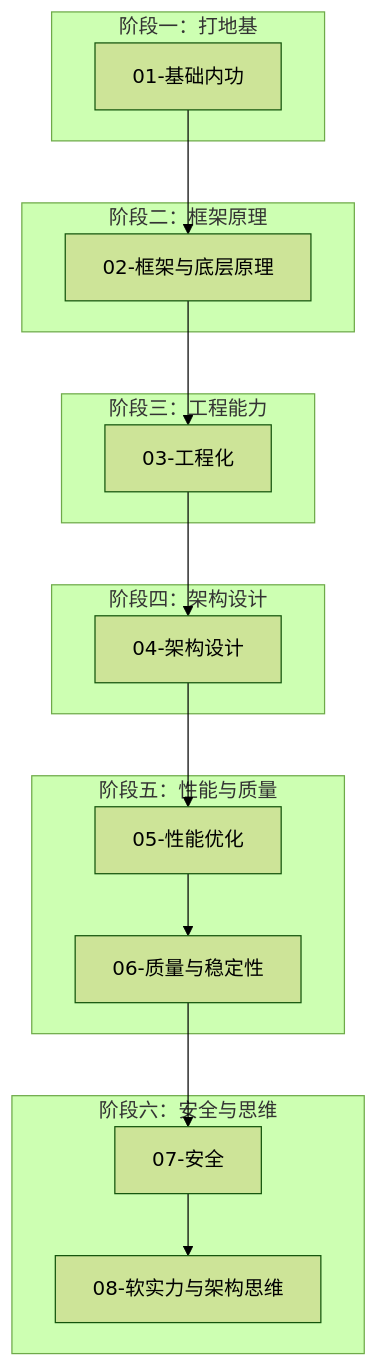
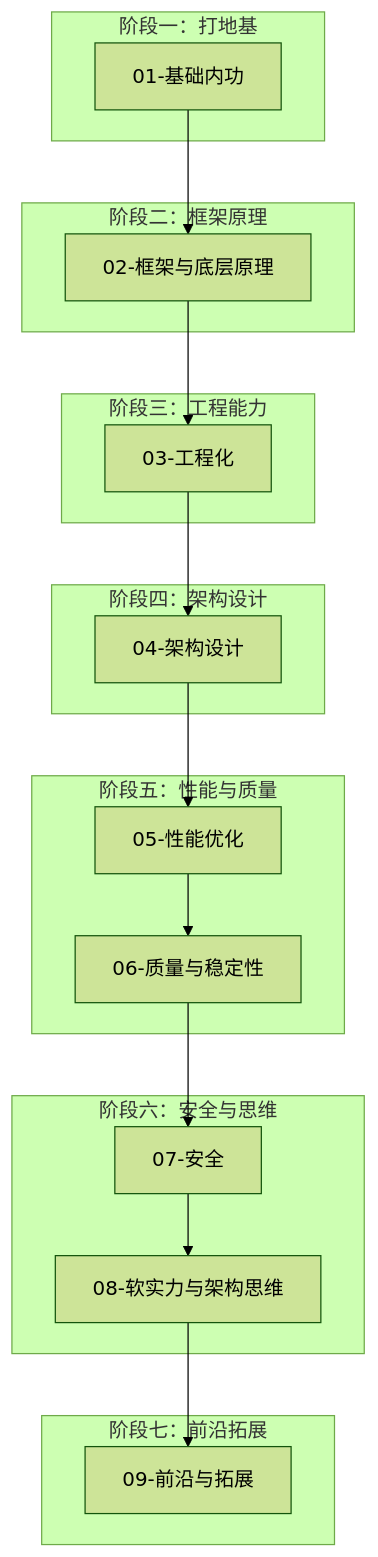
The diagram in README.md (c-builder/study), drawn with Mermaid (forest theme) before and after one commit. The commit also changed other lines of this file and 63 other files, not shown here.

````diff
--- a/README.md
+++ b/README.md
@@ -30,36 +33,41 @@
 ```mermaid
 flowchart TD
     subgraph phase1 [阶段一：打地基]
         M01[01-基础内功]
     end
 
     subgraph phase2 [阶段二：框架原理]
         M02[02-框架与底层原理]
     end
 
     subgraph phase3 [阶段三：工程能力]
         M03[03-工程化]
     end
 
     subgraph phase4 [阶段四：架构设计]
         M04[04-架构设计]
     end
 
     subgraph phase5 [阶段五：性能与质量]
         M05[05-性能优化]
         M06[06-质量与稳定性]
     end
 
     subgraph phase6 [阶段六：安全与思维]
         M07[07-安全]
         M08[08-软实力与架构思维]
     end
 
+    subgraph phase7 [阶段七：前沿拓展]
+        M09[09-前沿与拓展]
+    end
+
     M01 --> M02
     M02 --> M03
     M03 --> M04
     M04 --> M05
     M05 --> M06
     M06 --> M07
     M07 --> M08
+    M08 --> M09
 ```
````
